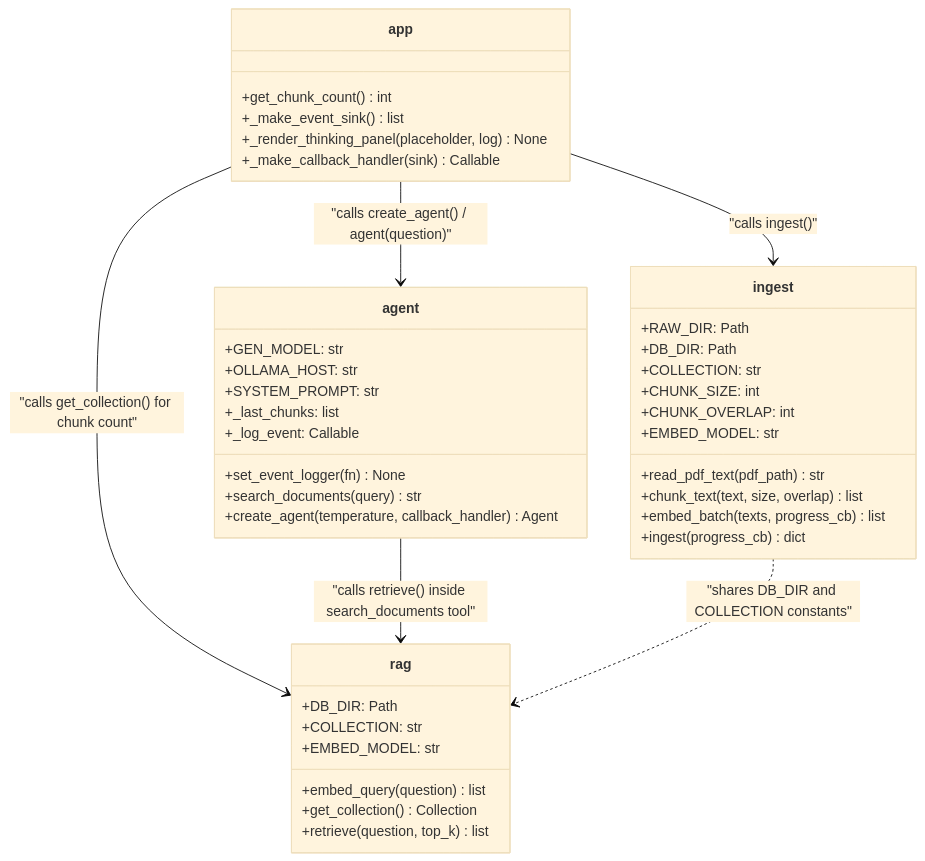
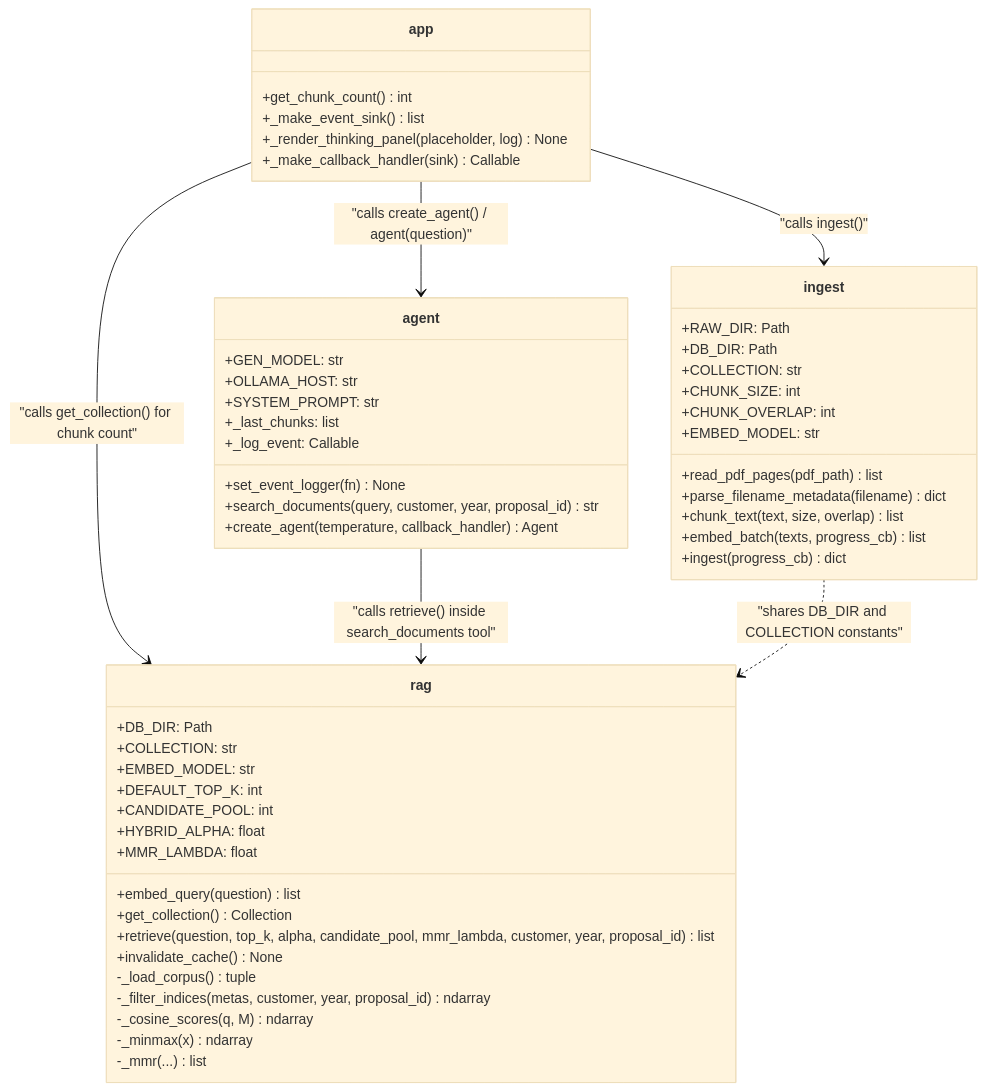
One commit to AWDubs/Local-RAG changed the third of 4 diagrams in docs/implementation/architecture.md. Above: the diagram before and after it, drawn with Mermaid (base theme). The commit also changed other lines of this file and 19 other files, not shown here.

````diff
--- a/docs/implementation/architecture.md
+++ b/docs/implementation/architecture.md
@@ -100,51 +100,62 @@
 ```mermaid
 classDiagram
     accTitle: Module responsibilities and key functions
     accDescr: Four Python modules with their public functions and shared constants.
 
     class ingest {
         +RAW_DIR: Path
         +DB_DIR: Path
         +COLLECTION: str
         +CHUNK_SIZE: int
         +CHUNK_OVERLAP: int
         +EMBED_MODEL: str
-        +read_pdf_text(pdf_path) str
+        +read_pdf_pages(pdf_path) list
+        +parse_filename_metadata(filename) dict
         +chunk_text(text, size, overlap) list
         +embed_batch(texts, progress_cb) list
         +ingest(progress_cb) dict
     }
 
     class rag {
         +DB_DIR: Path
         +COLLECTION: str
         +EMBED_MODEL: str
+        +DEFAULT_TOP_K: int
+        +CANDIDATE_POOL: int
+        +HYBRID_ALPHA: float
+        +MMR_LAMBDA: float
         +embed_query(question) list
         +get_collection() Collection
-        +retrieve(question, top_k) list
+        +retrieve(question, top_k, alpha, candidate_pool, mmr_lambda, customer, year, proposal_id) list
+        +invalidate_cache() None
+        -_load_corpus() tuple
+        -_filter_indices(metas, customer, year, proposal_id) ndarray
+        -_cosine_scores(q, M) ndarray
+        -_minmax(x) ndarray
+        -_mmr(...) list
     }
 
     class agent {
         +GEN_MODEL: str
         +OLLAMA_HOST: str
         +SYSTEM_PROMPT: str
         +_last_chunks: list
         +_log_event: Callable
         +set_event_logger(fn) None
-        +search_documents(query) str
+        +search_documents(query, customer, year, proposal_id) str
         +create_agent(temperature, callback_handler) Agent
     }
 
     class app {
         +get_chunk_count() int
         +_make_event_sink() list
         +_render_thinking_panel(placeholder, log) None
         +_make_callback_handler(sink) Callable
     }
 
     app --> ingest : "calls ingest()"
     app --> agent : "calls create_agent() / agent(question)"
     app --> rag : "calls get_collection() for chunk count"
     agent --> rag : "calls retrieve() inside search_documents tool"
     ingest ..> rag : "shares DB_DIR and COLLECTION constants"
 ```
````
